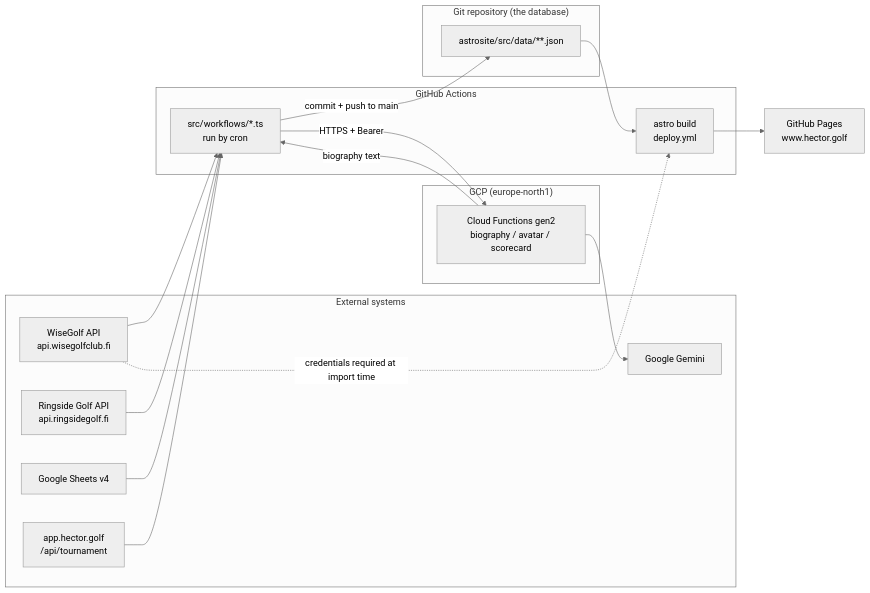
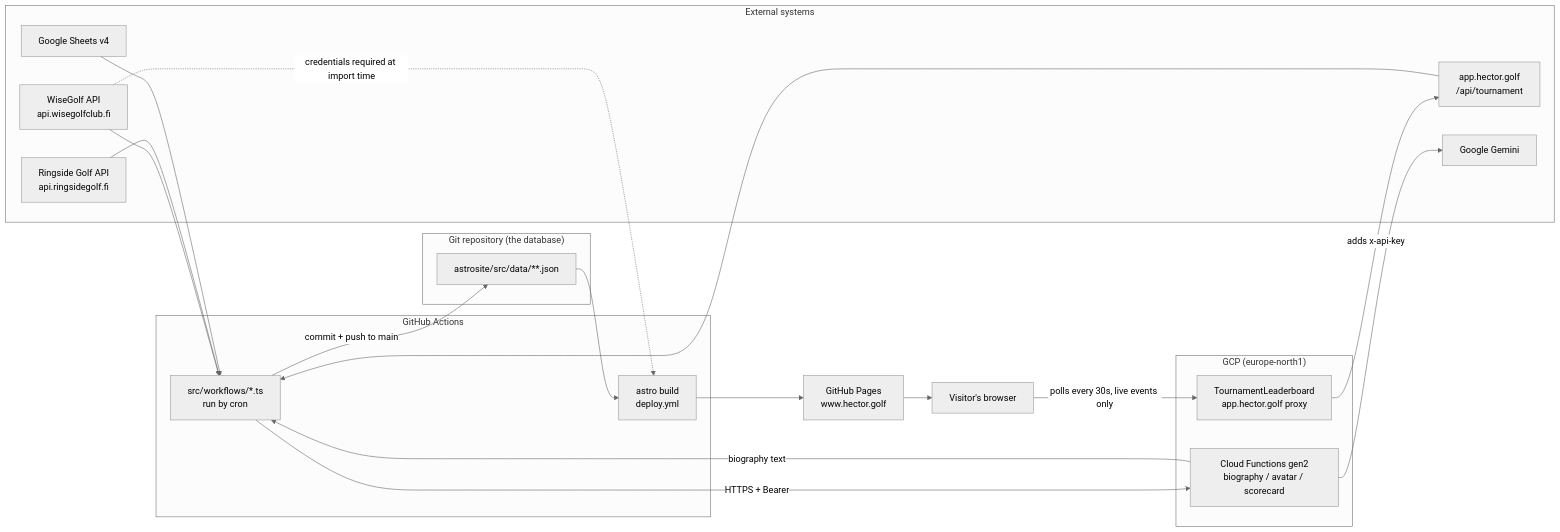
One commit to hectorgolf/hector.golf changed the first of 2 diagrams in docs/architecture.md. Above: the diagram before and after it, drawn with Mermaid (neutral theme). The commit also changed other lines of this file, not shown here.

First line of the commit message:
Bring architecture.md up to date with the live leaderboard

````diff
--- a/docs/architecture.md
+++ b/docs/architecture.md
@@ -28,37 +28,42 @@
 ```mermaid
 graph LR
     subgraph external["External systems"]
         WG["WiseGolf API<br/>api.wisegolfclub.fi"]
         RG["Ringside Golf API<br/>api.ringsidegolf.fi"]
         GS["Google Sheets v4"]
         APP["app.hector.golf<br/>/api/tournament"]
         GEM["Google Gemini"]
     end
 
     subgraph gcp["GCP (europe-north1)"]
         CF["Cloud Functions gen2<br/>biography / avatar / scorecard"]
+        LBP["TournamentLeaderboard<br/>app.hector.golf proxy"]
     end
 
     subgraph gha["GitHub Actions"]
         WF["src/workflows/*.ts<br/>run by cron"]
         BUILD["astro build<br/>deploy.yml"]
     end
 
     subgraph repo["Git repository (the database)"]
         DATA["astrosite/src/data/**.json"]
     end
 
     PAGES["GitHub Pages<br/>www.hector.golf"]
+    BROWSER["Visitor's browser"]
 
     WG --> WF
     RG --> WF
     GS --> WF
     APP --> WF
     WF -->|"commit + push to main"| DATA
     WF -->|"HTTPS + Bearer"| CF
     CF --> GEM
     CF -->|"biography text"| WF
     DATA --> BUILD
     WG -.->|"credentials required at import time"| BUILD
     BUILD --> PAGES
+    PAGES --> BROWSER
+    BROWSER -->|"polls every 30s, live events only"| LBP
+    LBP -->|"adds x-api-key"| APP
 ```
````
